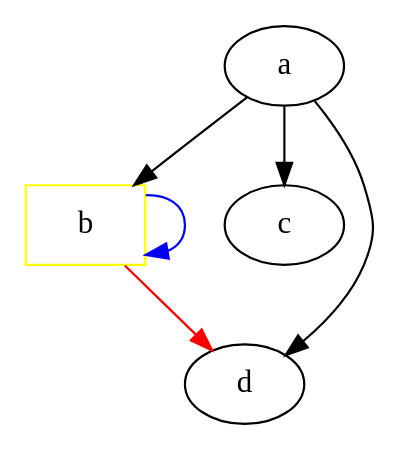
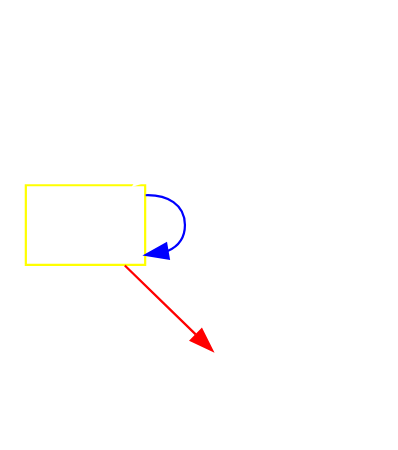
The diagram in src/samples/tutorial.gv (maidenone/sketchy), drawn with Graphviz before and after one commit. The commit also changed 7 other files, not shown here.

```diff
--- a/src/samples/tutorial.gv
+++ b/src/samples/tutorial.gv
@@ -1,18 +1,21 @@
 # Place the cursor inside "graph" to get some refactoring options
 
 digraph {
+    bgcolor="#00000000"
+    node [color=white, fontcolor=white]
+    edge [color=white]
 
     # To refactor nodes, place the cursor left to a node name
     a -> b
     a -> c;
     a -> d;
 
     # Hover over color names to get a color picker
     b -> b [color=blue]
     b -> d [color="#ff0000"];
 
     # Get completion when assigning a shape or color
     b [shape=box, color=yellow];
 
     a; # You can remove optional ; by placing the cursor left to a semicolon
 }
```
